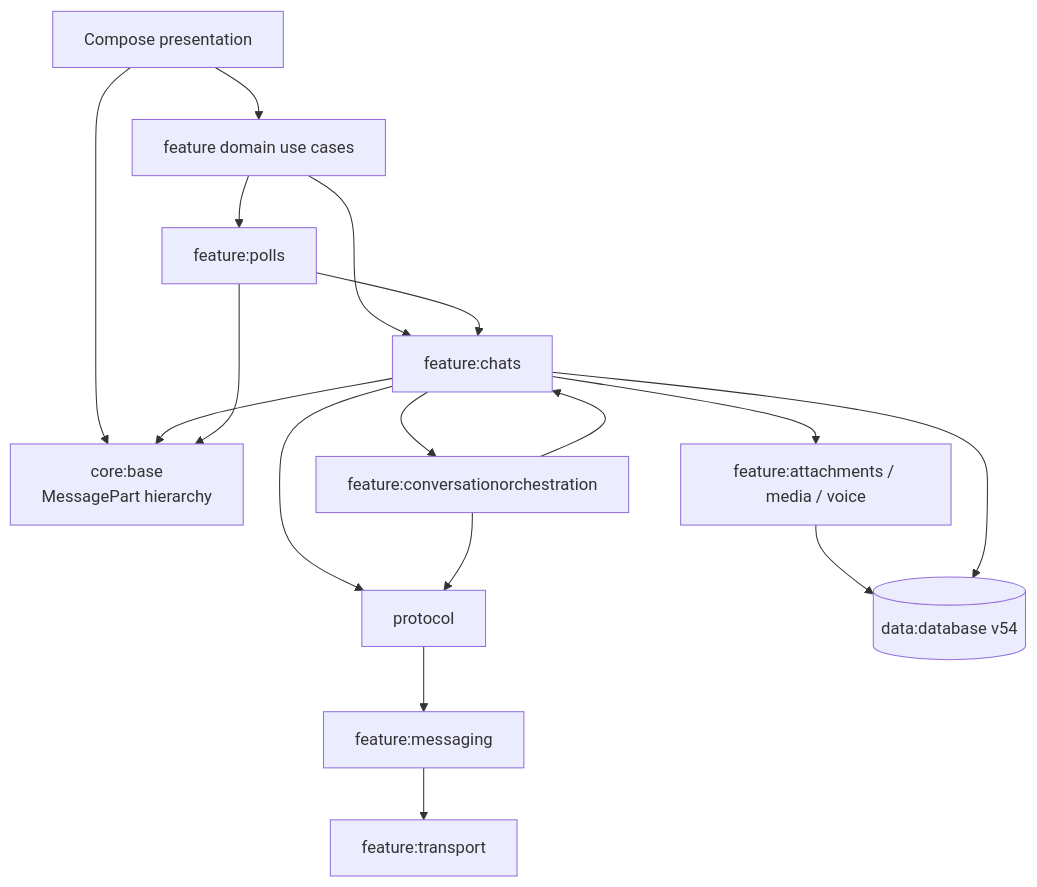
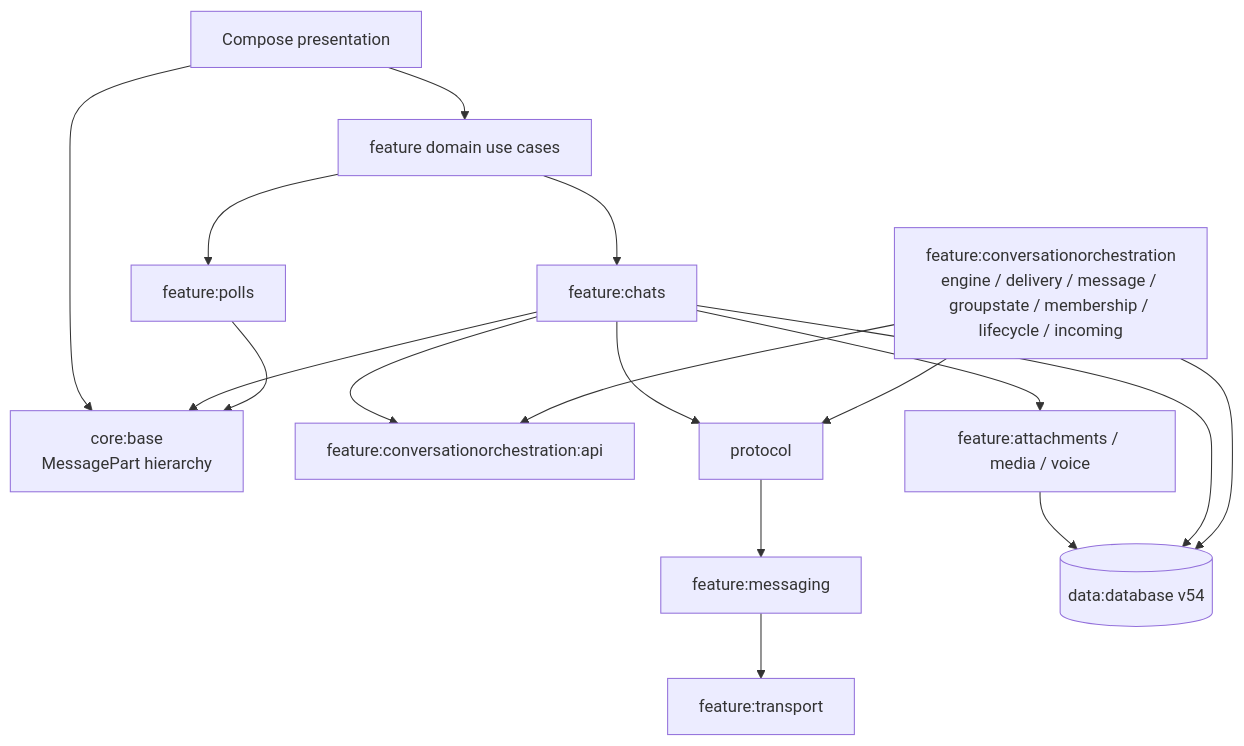
Before and after one commit to cbgm/Sparrow: the first of 2 diagrams in docs/architecture/overview.md, drawn with Mermaid. The commit also changed other lines of this file and 1098 other files, not shown here.

````diff
--- a/docs/architecture/overview.md
+++ b/docs/architecture/overview.md
@@ -7,32 +7,34 @@
 ```mermaid
 flowchart TD
     UI[Compose presentation]
     BASE[core:base
 MessagePart hierarchy]
     UC[feature domain use cases]
-    ORCH[feature:conversationorchestration]
+    API[feature:conversationorchestration:api]
+    ORCH[feature:conversationorchestration
+engine / delivery / message / groupstate / membership / lifecycle / incoming]
     CHAT[feature:chats]
     POLL[feature:polls]
     ATT[feature:attachments / media / voice]
     MSG[feature:messaging]
     TR[feature:transport]
     PROTO[protocol]
     DB[(data:database v54)]
 
     UI --> UC
     UI --> BASE
     UC --> CHAT
     UC --> POLL
     CHAT --> BASE
     POLL --> BASE
-    CHAT --> ORCH
-    ORCH --> CHAT
+    CHAT --> API
+    ORCH --> API
     CHAT --> ATT
     ATT --> DB
     CHAT --> DB
-    POLL --> CHAT
     CHAT --> PROTO
+    ORCH --> DB
     ORCH --> PROTO
     PROTO --> MSG
     MSG --> TR
 ```
````
